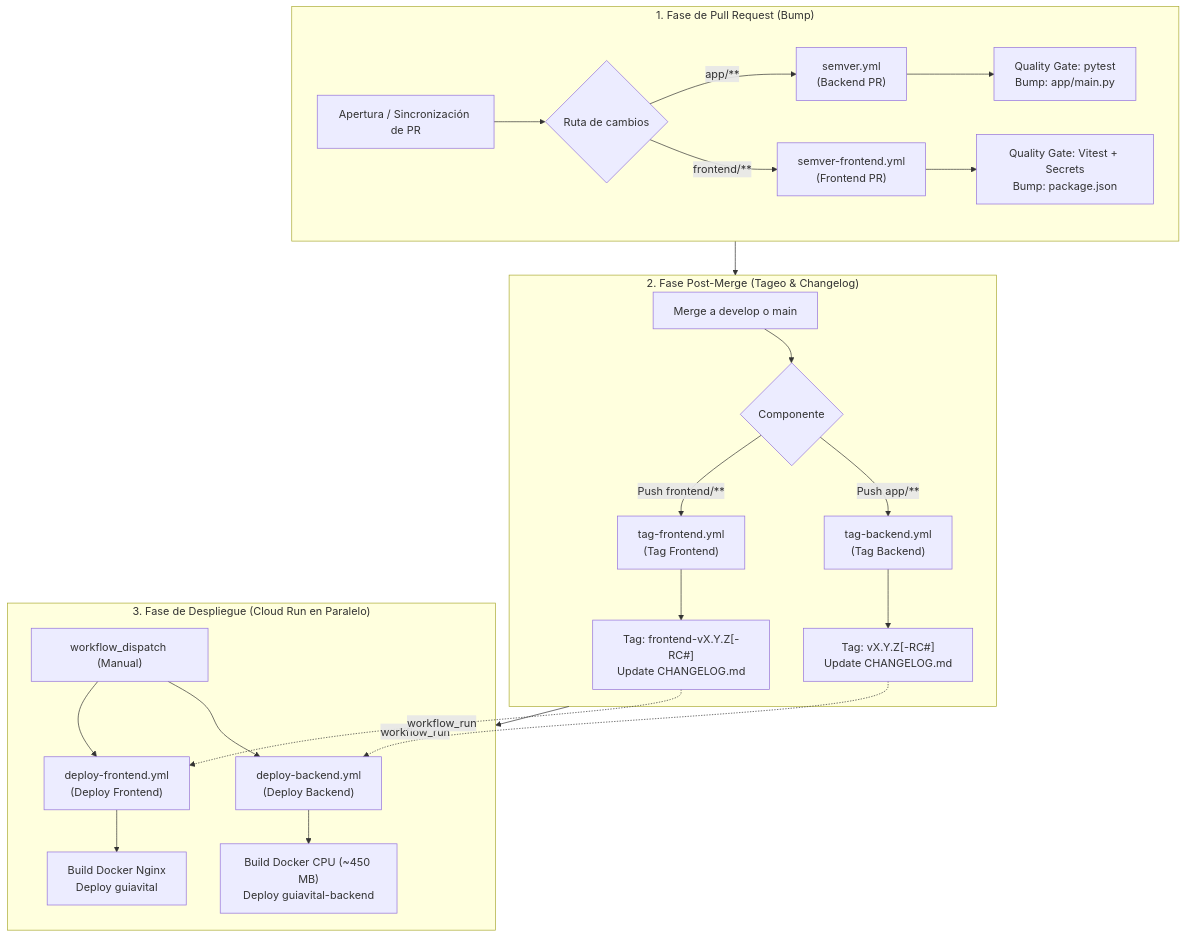
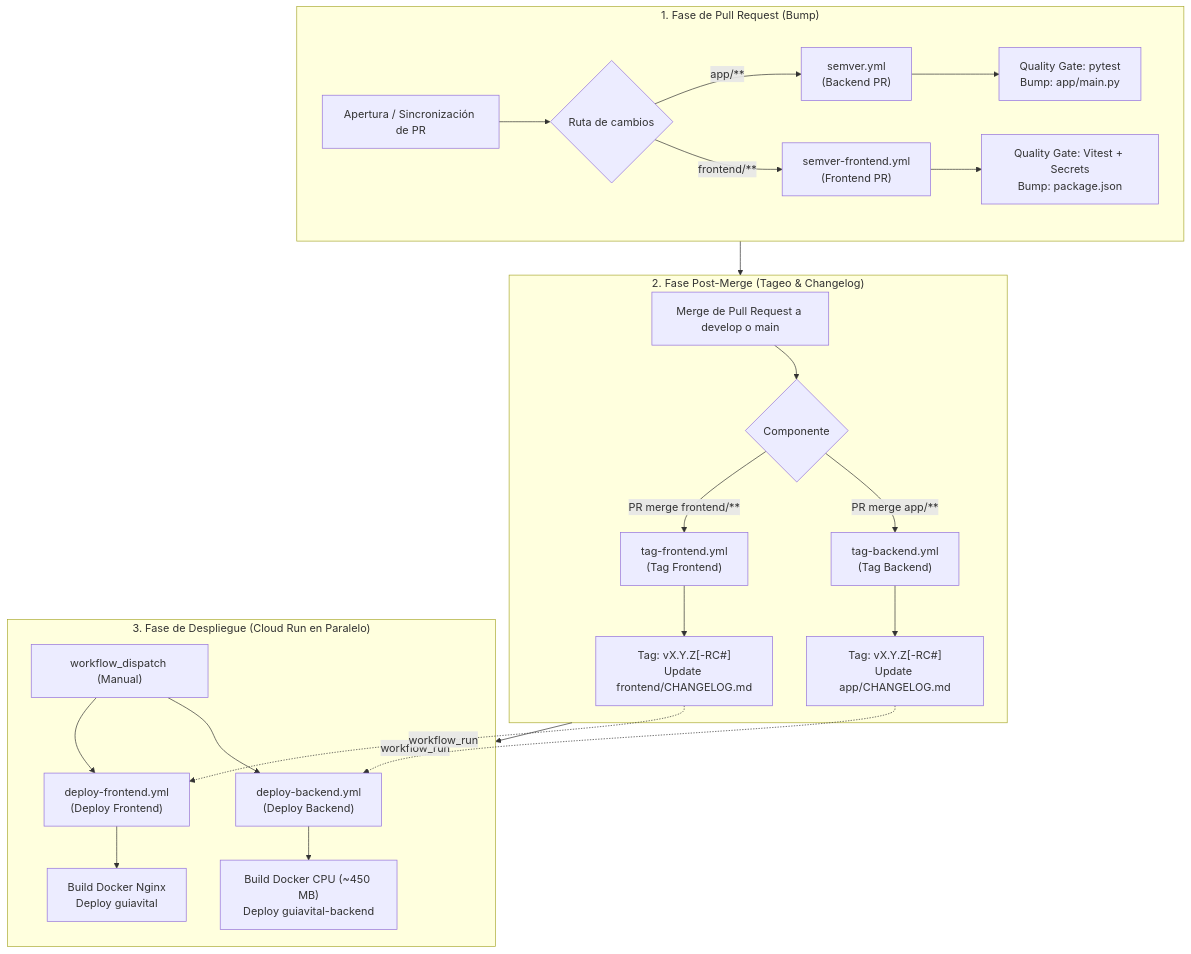
One commit to UNIPI6TO/PROY_GRADUACION_ASISTENTE_MEDICO_APP changed the diagram in .github/workflows/README.md. Above: the diagram before and after it, drawn with Mermaid. The commit also changed other lines of this file and 17 other files, not shown here.

````diff
--- a/.github/workflows/README.md
+++ b/.github/workflows/README.md
@@ -9,30 +9,30 @@
 ```mermaid
 flowchart TD
     subgraph FASE1["1. Fase de Pull Request (Bump)"]
         PR["Apertura / Sincronización de PR"] --> CHECK_PATH{"Ruta de cambios"}
         CHECK_PATH -->|app/**| WF_PR_BE["semver.yml<br/>(Backend PR)"]
         CHECK_PATH -->|frontend/**| WF_PR_FE["semver-frontend.yml<br/>(Frontend PR)"]
         WF_PR_BE --> TEST_BE["Quality Gate: pytest<br/>Bump: app/main.py"]
         WF_PR_FE --> TEST_FE["Quality Gate: Vitest + Secrets<br/>Bump: package.json"]
     end
 
     subgraph FASE2["2. Fase Post-Merge (Tageo & Changelog)"]
-        MERGE["Merge a develop o main"] --> CHECK_MERGE{"Componente"}
-        CHECK_MERGE -->|Push app/**| WF_TAG_BE["tag-backend.yml<br/>(Tag Backend)"]
-        CHECK_MERGE -->|Push frontend/**| WF_TAG_FE["tag-frontend.yml<br/>(Tag Frontend)"]
-        WF_TAG_BE --> TAG_BE["Tag: vX.Y.Z[-RC#]<br/>Update CHANGELOG.md"]
-        WF_TAG_FE --> TAG_FE["Tag: frontend-vX.Y.Z[-RC#]<br/>Update CHANGELOG.md"]
+        MERGE["Merge de Pull Request a develop o main"] --> CHECK_MERGE{"Componente"}
+        CHECK_MERGE -->|PR merge app/**| WF_TAG_BE["tag-backend.yml<br/>(Tag Backend)"]
+        CHECK_MERGE -->|PR merge frontend/**| WF_TAG_FE["tag-frontend.yml<br/>(Tag Frontend)"]
+        WF_TAG_BE --> TAG_BE["Tag: vX.Y.Z[-RC#]<br/>Update app/CHANGELOG.md"]
+        WF_TAG_FE --> TAG_FE["Tag: vX.Y.Z[-RC#]<br/>Update frontend/CHANGELOG.md"]
     end
 
     subgraph FASE3["3. Fase de Despliegue (Cloud Run en Paralelo)"]
         TAG_BE -.->|workflow_run| WF_DEP_BE["deploy-backend.yml<br/>(Deploy Backend)"]
         TAG_FE -.->|workflow_run| WF_DEP_FE["deploy-frontend.yml<br/>(Deploy Frontend)"]
         MANUAL["workflow_dispatch (Manual)"] --> WF_DEP_BE
         MANUAL --> WF_DEP_FE
         WF_DEP_BE --> DEPLOY_BE["Build Docker CPU (~450 MB)<br/>Deploy guiavital-backend"]
         WF_DEP_FE --> DEPLOY_FE["Build Docker Nginx<br/>Deploy guiavital"]
     end
 
     FASE1 --> FASE2
     FASE2 --> FASE3
 ```
````
